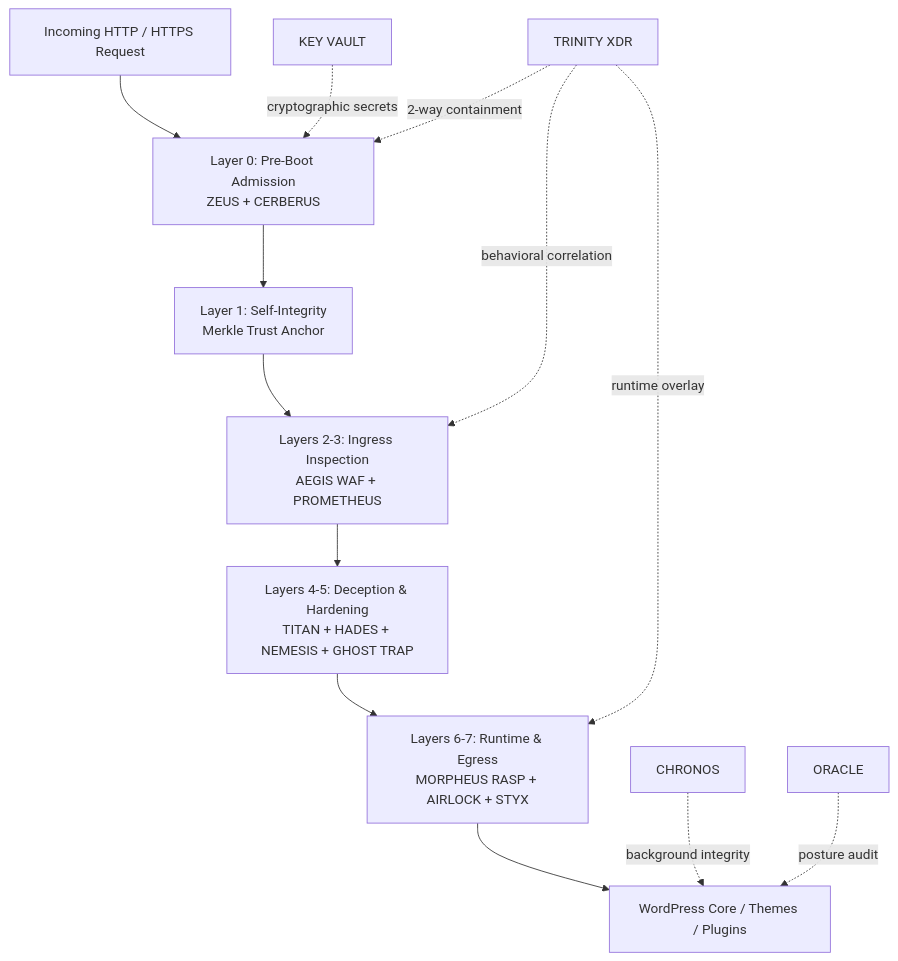
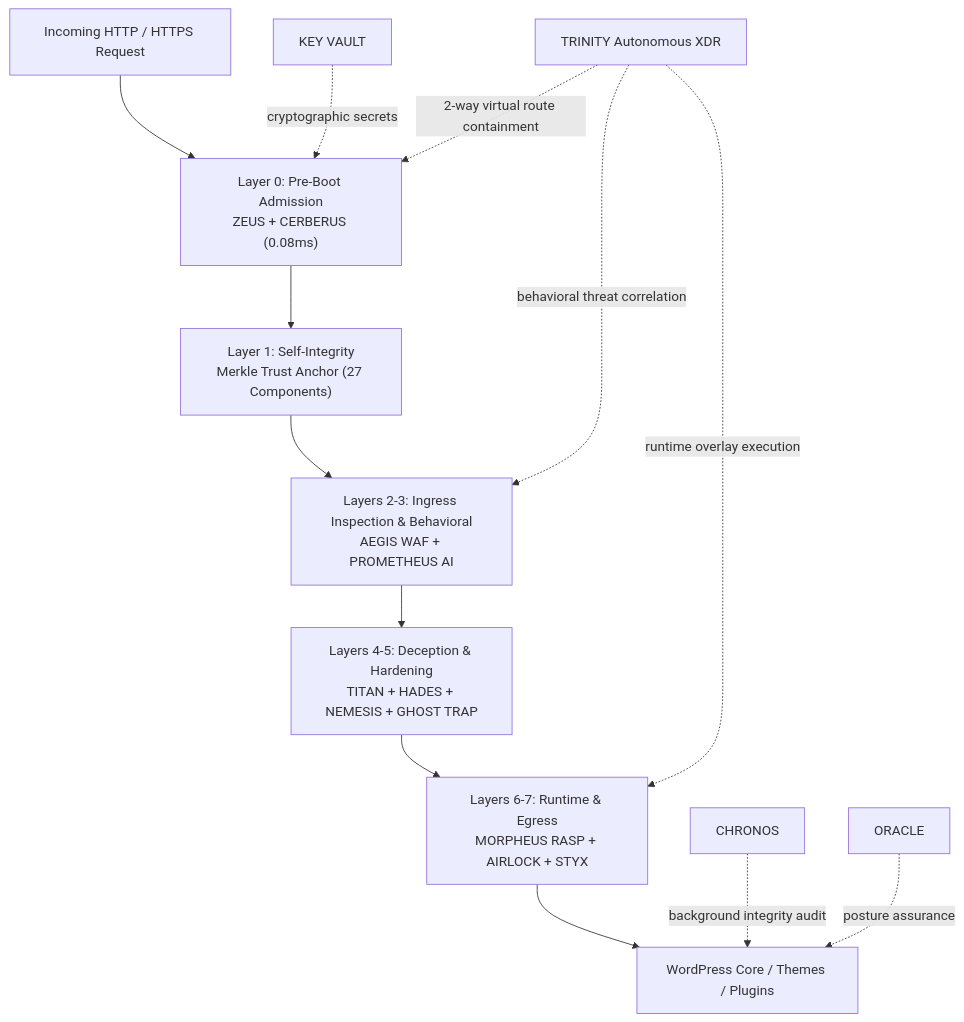
One commit to visiongaiatechnology/astraeawp changed the diagram in astraea-core/GeDefense/README.md. Above: the diagram before and after it, drawn with Mermaid. The commit also changed other lines of this file and 537 other files, not shown here.

First line of the commit message:
Release 0.8.0: pure AstraeaOS line on WordPress 7.1.5

````diff
--- a/astraea-core/GeDefense/README.md
+++ b/astraea-core/GeDefense/README.md
@@ -231,19 +344,19 @@
 ```mermaid
 flowchart TD
-    A[Incoming HTTP / HTTPS Request]
+    A["Incoming HTTP / HTTPS Request"]
 
-    A --> L0[Layer 0: Pre-Boot Admission<br/>ZEUS + CERBERUS]
-    L0 --> L1[Layer 1: Self-Integrity<br/>Merkle Trust Anchor]
-    L1 --> L23[Layers 2-3: Ingress Inspection<br/>AEGIS WAF + PROMETHEUS]
-    L23 --> L45[Layers 4-5: Deception & Hardening<br/>TITAN + HADES + NEMESIS + GHOST TRAP]
-    L45 --> L67[Layers 6-7: Runtime & Egress<br/>MORPHEUS RASP + AIRLOCK + STYX]
-    L67 --> WP[WordPress Core / Themes / Plugins]
+    A --> L0["Layer 0: Pre-Boot Admission<br/>ZEUS + CERBERUS (0.08ms)"]
+    L0 --> L1["Layer 1: Self-Integrity<br/>Merkle Trust Anchor (27 Components)"]
+    L1 --> L23["Layers 2-3: Ingress Inspection & Behavioral<br/>AEGIS WAF + PROMETHEUS AI"]
+    L23 --> L45["Layers 4-5: Deception & Hardening<br/>TITAN + HADES + NEMESIS + GHOST TRAP"]
+    L45 --> L67["Layers 6-7: Runtime & Egress<br/>MORPHEUS RASP + AIRLOCK + STYX"]
+    L67 --> WP["WordPress Core / Themes / Plugins"]
 
-    XDR[TRINITY XDR] -. 2-way containment .-> L0
-    XDR -. behavioral correlation .-> L23
-    XDR -. runtime overlay .-> L67
+    XDR["TRINITY Autonomous XDR"] -. "2-way virtual route containment" .-> L0
+    XDR -. "behavioral threat correlation" .-> L23
+    XDR -. "runtime overlay execution" .-> L67
 
-    CHR[CHRONOS] -. background integrity .-> WP
-    ORA[ORACLE] -. posture audit .-> WP
-    VLT[KEY VAULT] -. cryptographic secrets .-> L0
+    CHR["CHRONOS"] -. "background integrity audit" .-> WP
+    ORA["ORACLE"] -. "posture assurance" .-> WP
+    VLT["KEY VAULT"] -. "cryptographic secrets" .-> L0
 ```
````
